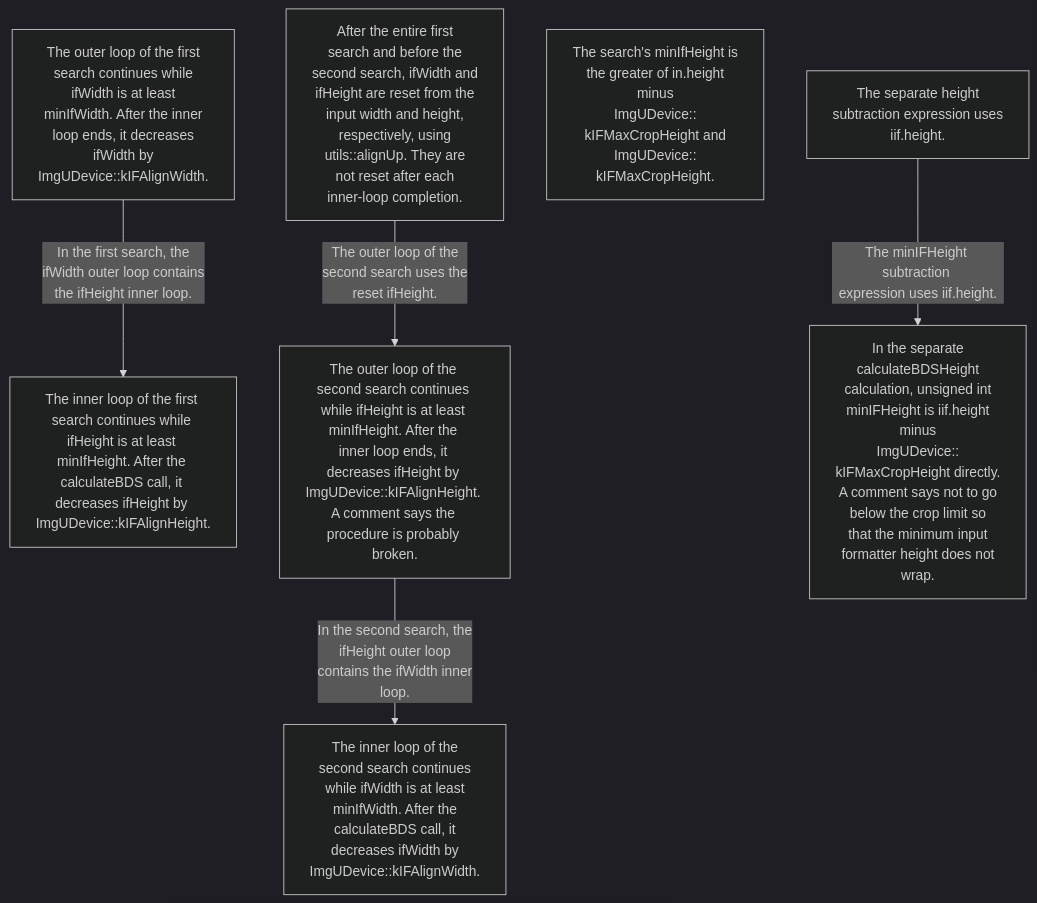
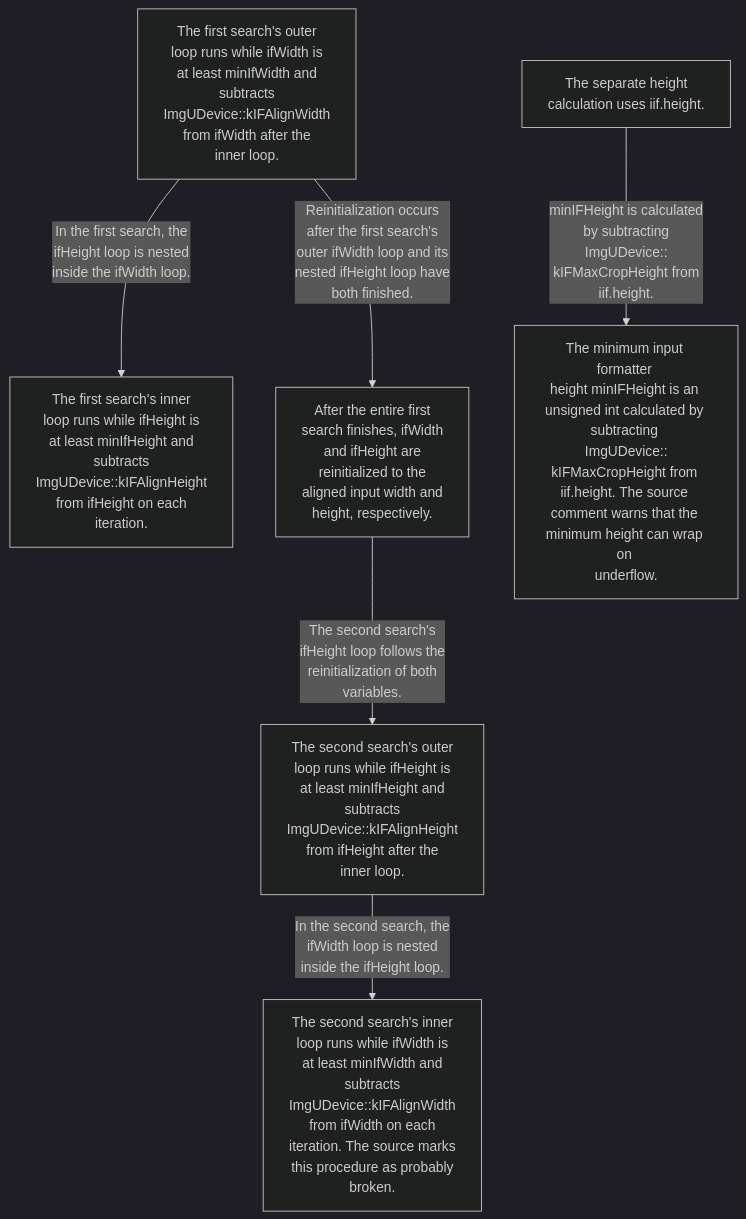
Before and after one commit to TTolsun/libcamera-sdd: the diagram in docs/en/pipeline-handler.input-search-loops.mmd, drawn with Mermaid (dark theme). The commit also changed 31 other files, not shown here.

```diff
--- a/docs/en/pipeline-handler.input-search-loops.mmd
+++ b/docs/en/pipeline-handler.input-search-loops.mmd
@@ -1,14 +1,14 @@
 flowchart TB
 
-  v_first_width["The outer loop of the first <br/>search continues while <br/>ifWidth is at least <br/>minIfWidth. After the inner <br/>loop ends, it decreases <br/>ifWidth by <br/>ImgUDevice::kIFAlignWidth."]
-  v_first_height["The inner loop of the first <br/>search continues while <br/>ifHeight is at least <br/>minIfHeight. After the <br/>calculateBDS call, it <br/>decreases ifHeight by <br/>ImgUDevice::kIFAlignHeight."]
-  v_reset["After the entire first <br/>search and before the <br/>second search, ifWidth and <br/>ifHeight are reset from the <br/>input width and height, <br/>respectively, using <br/>utils::alignUp. They are <br/>not reset after each <br/>inner-loop completion."]
-  v_second_height["The outer loop of the <br/>second search continues <br/>while ifHeight is at least <br/>minIfHeight. After the <br/>inner loop ends, it <br/>decreases ifHeight by <br/>ImgUDevice::kIFAlignHeight. <br/>A comment says the <br/>procedure is probably <br/>broken."]
-  v_second_width["The inner loop of the <br/>second search continues <br/>while ifWidth is at least <br/>minIfWidth. After the <br/>calculateBDS call, it <br/>decreases ifWidth by <br/>ImgUDevice::kIFAlignWidth."]
-  v_search_min_height["The search#39;s minIfHeight is <br/>the greater of in.height <br/>minus <br/>ImgUDevice::<br/>kIFMaxCropHeight and <br/>ImgUDevice::<br/>kIFMaxCropHeight."]
-  v_height_bound["In the separate <br/>calculateBDSHeight <br/>calculation, unsigned int <br/>minIFHeight is iif.height <br/>minus <br/>ImgUDevice::<br/>kIFMaxCropHeight directly. <br/>A comment says not to go <br/>below the crop limit so <br/>that the minimum input <br/>formatter height does not <br/>wrap."]
-  v_input_height["The separate height <br/>subtraction expression uses <br/>iif.height."]
-  v_first_width -->|"In the first search, the <br/>ifWidth outer loop contains <br/>the ifHeight inner loop."| v_first_height
-  v_second_height -->|"In the second search, the <br/>ifHeight outer loop <br/>contains the ifWidth inner <br/>loop."| v_second_width
-  v_reset -->|"The outer loop of the <br/>second search uses the <br/>reset ifHeight."| v_second_height
-  v_input_height -->|"The minIFHeight subtraction <br/>expression uses iif.height."| v_height_bound
+  v_first_width["The first search#39;s outer <br/>loop runs while ifWidth is <br/>at least minIfWidth and <br/>subtracts <br/>ImgUDevice::kIFAlignWidth <br/>from ifWidth after the <br/>inner loop."]
+  v_first_height["The first search#39;s inner <br/>loop runs while ifHeight is <br/>at least minIfHeight and <br/>subtracts <br/>ImgUDevice::kIFAlignHeight <br/>from ifHeight on each <br/>iteration."]
+  v_reset["After the entire first <br/>search finishes, ifWidth <br/>and ifHeight are <br/>reinitialized to the <br/>aligned input width and <br/>height, respectively."]
+  v_second_height["The second search#39;s outer <br/>loop runs while ifHeight is <br/>at least minIfHeight and <br/>subtracts <br/>ImgUDevice::kIFAlignHeight <br/>from ifHeight after the <br/>inner loop."]
+  v_second_width["The second search#39;s inner <br/>loop runs while ifWidth is <br/>at least minIfWidth and <br/>subtracts <br/>ImgUDevice::kIFAlignWidth <br/>from ifWidth on each <br/>iteration. The source marks <br/>this procedure as probably <br/>broken."]
+  v_input_height["The separate height <br/>calculation uses iif.height."]
+  v_minimum_height["The minimum input formatter <br/>height minIFHeight is an <br/>unsigned int calculated by <br/>subtracting <br/>ImgUDevice::<br/>kIFMaxCropHeight from <br/>iif.height. The source <br/>comment warns that the <br/>minimum height can wrap on <br/>underflow."]
+  v_first_width -->|"In the first search, the <br/>ifHeight loop is nested <br/>inside the ifWidth loop."| v_first_height
+  v_first_width -->|"Reinitialization occurs <br/>after the first search#39;s <br/>outer ifWidth loop and its <br/>nested ifHeight loop have <br/>both finished."| v_reset
+  v_reset -->|"The second search#39;s <br/>ifHeight loop follows the <br/>reinitialization of both <br/>variables."| v_second_height
+  v_second_height -->|"In the second search, the <br/>ifWidth loop is nested <br/>inside the ifHeight loop."| v_second_width
+  v_input_height -->|"minIFHeight is calculated <br/>by subtracting <br/>ImgUDevice::<br/>kIFMaxCropHeight from <br/>iif.height."| v_minimum_height
```
